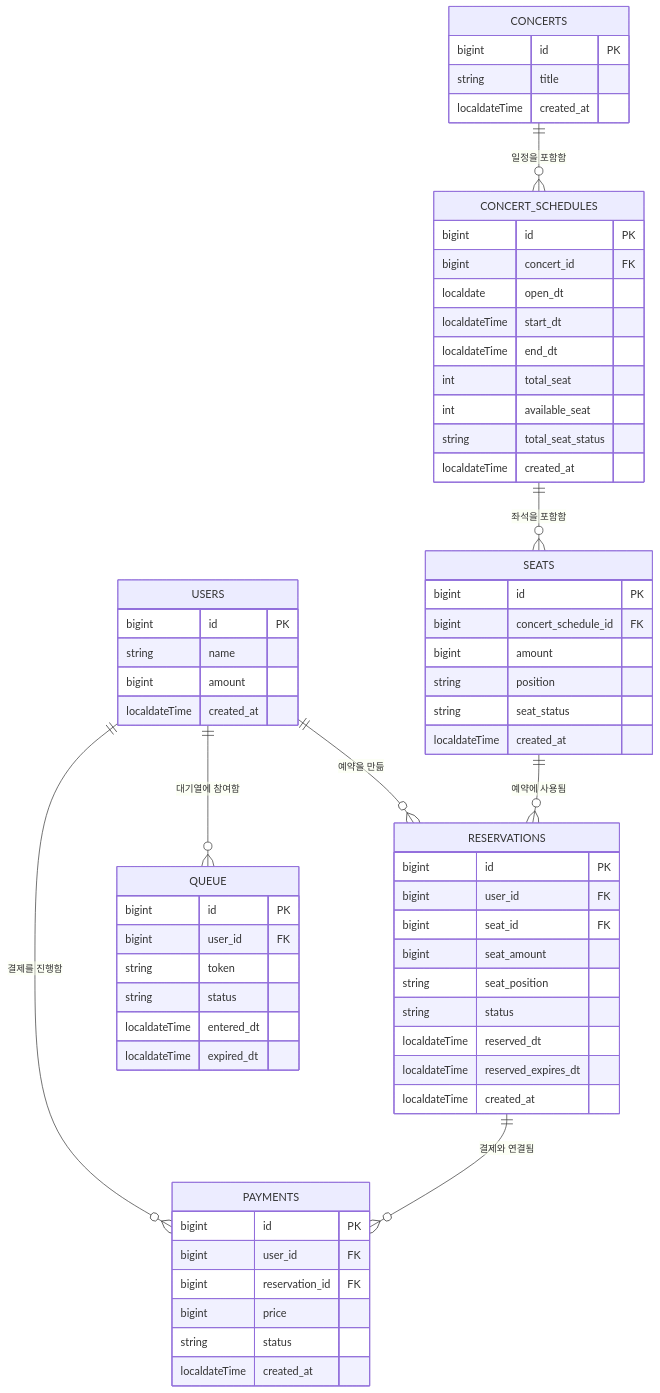
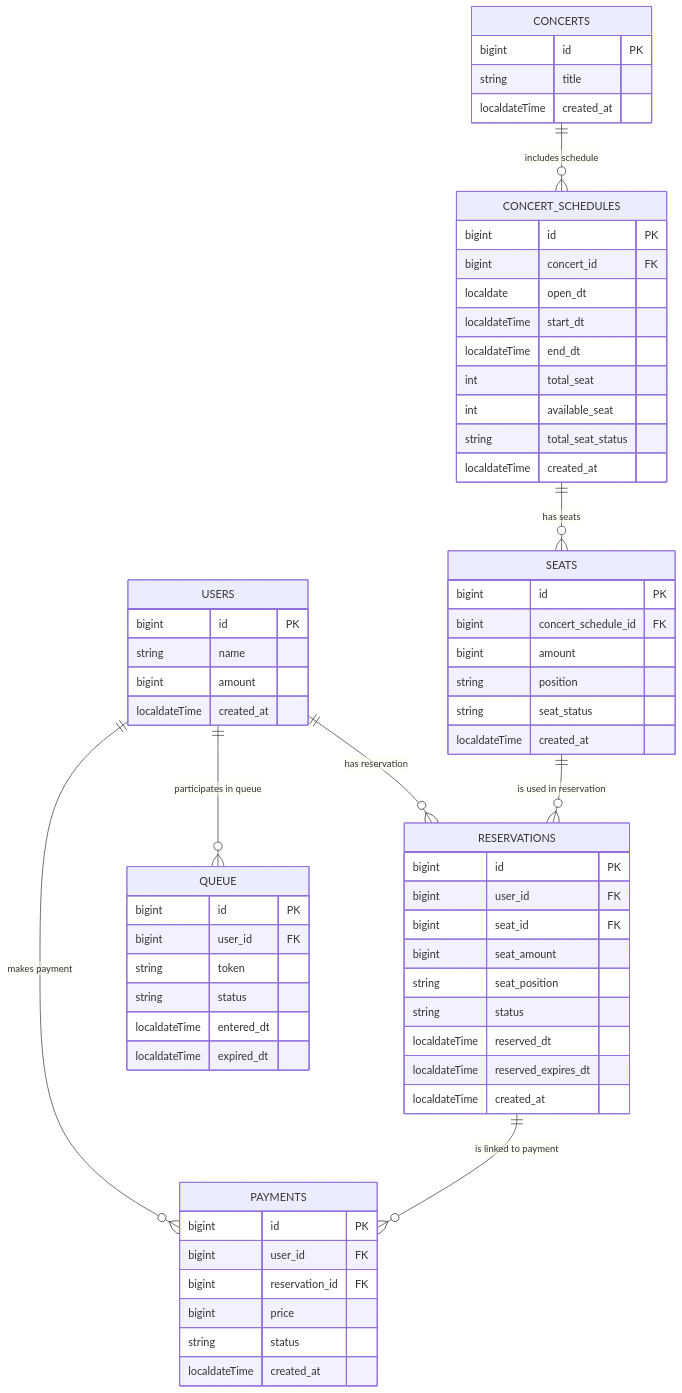
One commit to JEONGBEOMKO/hhplus-concert changed the diagram in hhplus-concert/src/docs/erd.md. Above: the diagram before and after it, drawn with Mermaid.

Commit message:
테이블 간 관계 수정

````diff
--- a/hhplus-concert/src/docs/erd.md
+++ b/hhplus-concert/src/docs/erd.md
@@ -1,83 +1,82 @@
 ```mermaid
 erDiagram
 %% Users 테이블: 사용자 정보 및 잔액 관리
     USERS {
         bigint id PK
         string name
         bigint amount
         localdateTime created_at
     }
 
 %% Concerts 테이블: 콘서트 정보 관리
     CONCERTS {
         bigint id PK
         string title
         localdateTime created_at
     }
 
 %% Concert Schedules 테이블: 콘서트 일정 정보 관리
     CONCERT_SCHEDULES {
         bigint id PK
         bigint concert_id FK
         localdate open_dt
         localdateTime start_dt
         localdateTime end_dt
         int total_seat
         int available_seat
         string total_seat_status
         localdateTime created_at
     }
 
 %% Seats 테이블: 콘서트 좌석 정보 관리
     SEATS {
         bigint id PK
         bigint concert_schedule_id FK
         bigint amount
         string position
         string seat_status
         localdateTime created_at
     }
 
 %% Reservations 테이블: 예약 정보 관리
     RESERVATIONS {
         bigint id PK
         bigint user_id FK
         bigint seat_id FK
         bigint seat_amount
         string seat_position
         string status
         localdateTime reserved_dt
         localdateTime reserved_expires_dt
         localdateTime created_at
     }
 
 %% Queue 테이블: 대기열 관리
     QUEUE {
         bigint id PK
         bigint user_id FK
         string token
         string status
         localdateTime entered_dt
         localdateTime expired_dt
     }
 
 %% Payments 테이블: 결제 정보 관리
     PAYMENTS {
         bigint id PK
         bigint user_id FK
         bigint reservation_id FK
         bigint price
         string status
         localdateTime created_at
     }
 
 %% 테이블 간 관계
-    USERS ||--o{ RESERVATIONS : "예약을 만듦"
-    CONCERTS ||--o{ CONCERT_SCHEDULES : "일정을 포함함"
-    CONCERT_SCHEDULES ||--o{ SEATS : "좌석을 포함함"
-    SEATS ||--o{ RESERVATIONS : "예약에 사용됨"
-    RESERVATIONS ||--o{ PAYMENTS : "결제와 연결됨"
-    USERS ||--o{ QUEUE : "대기열에 참여함"
-    USERS ||--o{ PAYMENTS : "결제를 진행함"
-
+    USERS ||--o{ RESERVATIONS : "has reservation"
+    CONCERTS ||--o{ CONCERT_SCHEDULES : "includes schedule"
+    CONCERT_SCHEDULES ||--o{ SEATS : "has seats"
+    SEATS ||--o{ RESERVATIONS : "is used in reservation"
+    RESERVATIONS ||--o{ PAYMENTS : "is linked to payment"
+    USERS ||--o{ QUEUE : "participates in queue"
+    USERS ||--o{ PAYMENTS : "makes payment"
 ```
````
